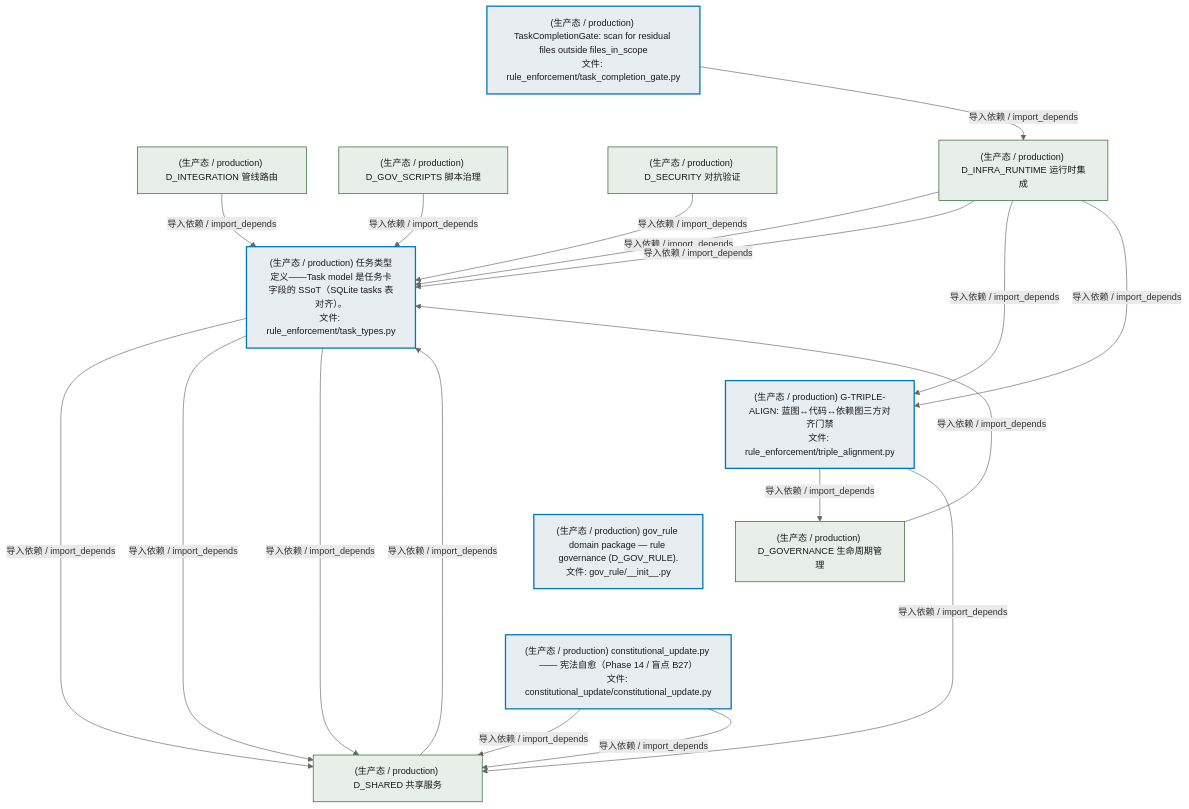
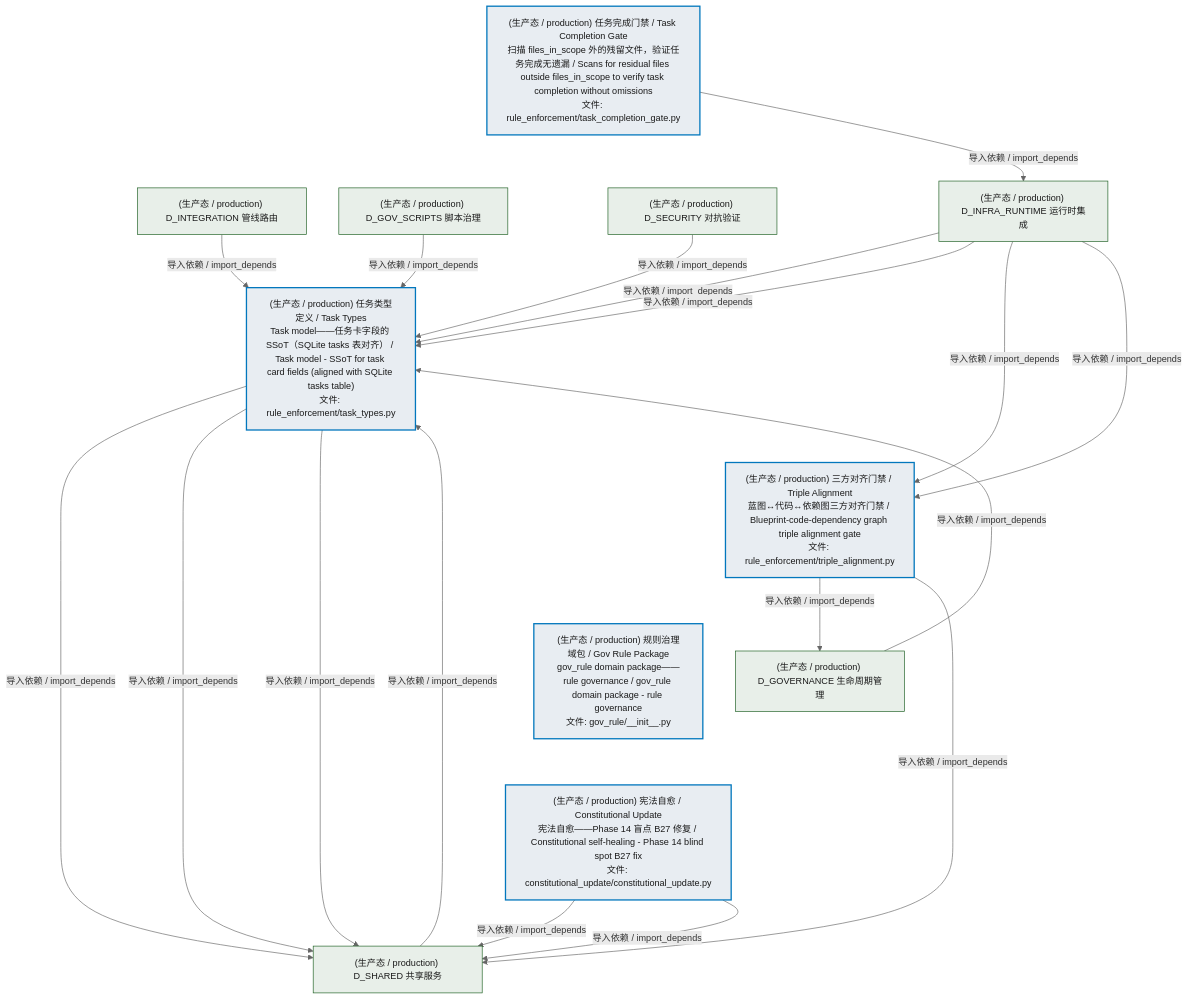
Before and after one commit to xuanFelixVan/ZephyrAlpha: the second of 4 diagrams in docs/02_enterprise_architecture/02_domain_architecture_docs/55_d_gov_rule.md, drawn with Mermaid. The commit also changed other lines of this file and 80 other files, not shown here.

````diff
--- a/docs/02_enterprise_architecture/02_domain_architecture_docs/55_d_gov_rule.md
+++ b/docs/02_enterprise_architecture/02_domain_architecture_docs/55_d_gov_rule.md
@@ -219,42 +221,42 @@
 ```mermaid
 %%{init: {'theme': 'base', 'themeVariables': {'primaryColor': '#eaeaea', 'primaryTextColor': '#333333', 'primaryBorderColor': '#666666', 'lineColor': '#666666', 'secondaryColor': '#eaeaea', 'tertiaryColor': '#eaeaea', 'fontSize': '14px'}}}%%
 flowchart TD
-    src_zephyr_gov_enforcement_rule_enforcement_task_completion_gate_py["(生产态 / production) TaskCompletionGate: scan for residual files outside files_in_scope<br/>文件: rule_enforcement/task_completion_gate.py"]
-    src_zephyr_gov_enforcement_rule_enforcement_task_types_py["(生产态 / production) 任务类型定义——Task model 是任务卡字段的 SSoT（SQLite tasks 表对齐）。<br/>文件: rule_enforcement/task_types.py"]
-    src_zephyr_gov_enforcement_rule_enforcement_triple_alignment_py["(生产态 / production) G-TRIPLE-ALIGN: 蓝图↔代码↔依赖图三方对齐门禁<br/>文件: rule_enforcement/triple_alignment.py"]
-    src_zephyr_gov_rule_init_py["(生产态 / production) gov_rule domain package — rule governance (D_GOV_RULE).<br/>文件: gov_rule/__init__.py"]
-    src_zephyr_gov_rule_constitutional_update_constitutional_update_py["(生产态 / production) constitutional_update.py —— 宪法自愈（Phase 14 / 盲点 B27）<br/>文件: constitutional_update/constitutional_update.py"]
+    src_zephyr_gov_enforcement_rule_enforcement_task_completion_gate_py["(生产态 / production) 任务完成门禁 / Task Completion Gate<br/>扫描 files_in_scope 外的残留文件，验证任务完成无遗漏 / Scans for residual files outside files_in_scope to verify task completion without omissions<br/>文件: rule_enforcement/task_completion_gate.py"]
+    src_zephyr_gov_enforcement_rule_enforcement_task_types_py["(生产态 / production) 任务类型定义 / Task Types<br/>Task model——任务卡字段的 SSoT（SQLite tasks 表对齐） / Task model - SSoT for task card fields (aligned with SQLite tasks table)<br/>文件: rule_enforcement/task_types.py"]
+    src_zephyr_gov_enforcement_rule_enforcement_triple_alignment_py["(生产态 / production) 三方对齐门禁 / Triple Alignment<br/>蓝图↔代码↔依赖图三方对齐门禁 / Blueprint-code-dependency graph triple alignment gate<br/>文件: rule_enforcement/triple_alignment.py"]
+    src_zephyr_gov_rule_init_py["(生产态 / production) 规则治理域包 / Gov Rule Package<br/>gov_rule domain package——rule governance / gov_rule domain package - rule governance<br/>文件: gov_rule/__init__.py"]
+    src_zephyr_gov_rule_constitutional_update_constitutional_update_py["(生产态 / production) 宪法自愈 / Constitutional Update<br/>宪法自愈——Phase 14 盲点 B27 修复 / Constitutional self-healing - Phase 14 blind spot B27 fix<br/>文件: constitutional_update/constitutional_update.py"]
     src_zephyr_gov_enforcement_rule_enforcement_task_completion_gate_py ~~~ src_zephyr_gov_enforcement_rule_enforcement_task_types_py
     src_zephyr_gov_enforcement_rule_enforcement_task_types_py ~~~ src_zephyr_gov_enforcement_rule_enforcement_triple_alignment_py
     src_zephyr_gov_enforcement_rule_enforcement_triple_alignment_py ~~~ src_zephyr_gov_rule_init_py
     src_zephyr_gov_rule_init_py ~~~ src_zephyr_gov_rule_constitutional_update_constitutional_update_py
     D_INFRA_RUNTIME["(生产态 / production) D_INFRA_RUNTIME 运行时集成"]
     src_zephyr_gov_enforcement_rule_enforcement_task_completion_gate_py -->|导入依赖 / import_depends| D_INFRA_RUNTIME
     D_SHARED["(生产态 / production) D_SHARED 共享服务"]
     src_zephyr_gov_enforcement_rule_enforcement_task_types_py -->|导入依赖 / import_depends| D_SHARED
     src_zephyr_gov_rule_constitutional_update_constitutional_update_py -->|导入依赖 / import_depends| D_SHARED
     src_zephyr_gov_rule_constitutional_update_constitutional_update_py -->|导入依赖 / import_depends| D_SHARED
     D_GOVERNANCE["(生产态 / production) D_GOVERNANCE 生命周期管理"]
     src_zephyr_gov_enforcement_rule_enforcement_triple_alignment_py -->|导入依赖 / import_depends| D_GOVERNANCE
     src_zephyr_gov_enforcement_rule_enforcement_triple_alignment_py -->|导入依赖 / import_depends| D_SHARED
     src_zephyr_gov_enforcement_rule_enforcement_task_types_py -->|导入依赖 / import_depends| D_SHARED
     src_zephyr_gov_enforcement_rule_enforcement_task_types_py -->|导入依赖 / import_depends| D_SHARED
     D_INFRA_RUNTIME -->|导入依赖 / import_depends| src_zephyr_gov_enforcement_rule_enforcement_task_types_py
     D_INTEGRATION["(生产态 / production) D_INTEGRATION 管线路由"]
     D_INTEGRATION -->|导入依赖 / import_depends| src_zephyr_gov_enforcement_rule_enforcement_task_types_py
     D_GOV_SCRIPTS["(生产态 / production) D_GOV_SCRIPTS 脚本治理"]
     D_GOV_SCRIPTS -->|导入依赖 / import_depends| src_zephyr_gov_enforcement_rule_enforcement_task_types_py
     D_INFRA_RUNTIME -->|导入依赖 / import_depends| src_zephyr_gov_enforcement_rule_enforcement_task_types_py
     D_INFRA_RUNTIME -->|导入依赖 / import_depends| src_zephyr_gov_enforcement_rule_enforcement_triple_alignment_py
     D_SECURITY["(生产态 / production) D_SECURITY 对抗验证"]
     D_SECURITY -->|导入依赖 / import_depends| src_zephyr_gov_enforcement_rule_enforcement_task_types_py
     D_SHARED -->|导入依赖 / import_depends| src_zephyr_gov_enforcement_rule_enforcement_task_types_py
     D_INFRA_RUNTIME -->|导入依赖 / import_depends| src_zephyr_gov_enforcement_rule_enforcement_triple_alignment_py
     D_GOVERNANCE -->|导入依赖 / import_depends| src_zephyr_gov_enforcement_rule_enforcement_task_types_py
     classDef production fill:#e8edf2,stroke:#0277bd,stroke-width:2px,color:#1a1a1a
     classDef design fill:#f0ebe3,stroke:#bf360c,stroke-width:2px,color:#1a1a1a,stroke-dasharray: 5 5
     classDef external_prod fill:#e8efe9,stroke:#1b5e20,stroke-width:1px,color:#1a1a1a
     classDef external_design fill:#efe5ea,stroke:#880e4f,stroke-width:1px,color:#1a1a1a,stroke-dasharray: 5 5
     class src_zephyr_gov_enforcement_rule_enforcement_task_completion_gate_py,src_zephyr_gov_enforcement_rule_enforcement_task_types_py,src_zephyr_gov_enforcement_rule_enforcement_triple_alignment_py,src_zephyr_gov_rule_init_py,src_zephyr_gov_rule_constitutional_update_constitutional_update_py production
     class D_INFRA_RUNTIME,D_SHARED,D_GOVERNANCE,D_INTEGRATION,D_GOV_SCRIPTS,D_SECURITY external_prod
 ```
````
